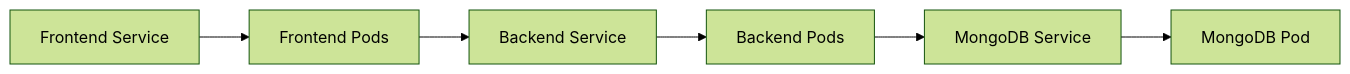
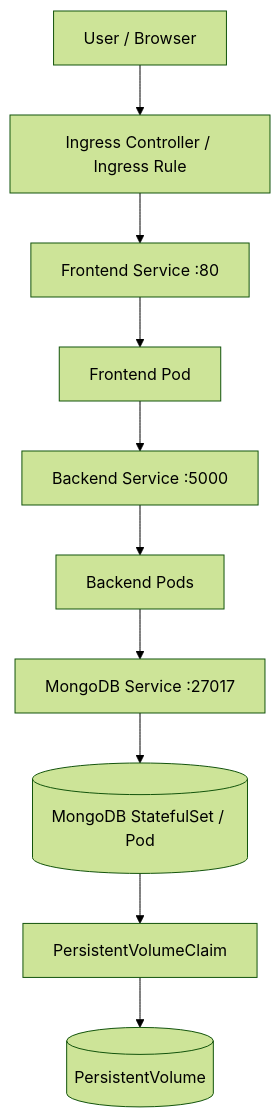
Before and after one commit to onkarghugare08/trendify-ecommerce: the third of 4 diagrams in README.md, drawn with Mermaid (forest theme). The commit also changed other lines of this file, not shown here.

````diff
--- a/README.md
+++ b/README.md
@@ -438,15 +137,18 @@
 ```mermaid
-flowchart LR
-    FS["Frontend Service"]
-    FP["Frontend Pods"]
-    BS["Backend Service"]
-    BP["Backend Pods"]
-    MS["MongoDB Service"]
-    MP["MongoDB Pod"]
+flowchart TB
+    USER[User / Browser]
+    ING[Ingress Controller / Ingress Rule]
+    FS[Frontend Service :80]
+    FE[Frontend Pod]
+    BS[Backend Service :5000]
+    BE[Backend Pods]
+    MS[MongoDB Service :27017]
+    DB[(MongoDB StatefulSet / Pod)]
+    PVC[PersistentVolumeClaim]
+    PV[(PersistentVolume)]
 
-    FS --> FP
-    FP --> BS
-    BS --> BP
-    BP --> MS
-    MS --> MP
+    USER --> ING --> FS --> FE
+    FE --> BS --> BE
+    BE --> MS --> DB
+    DB --> PVC --> PV
 ```
````
